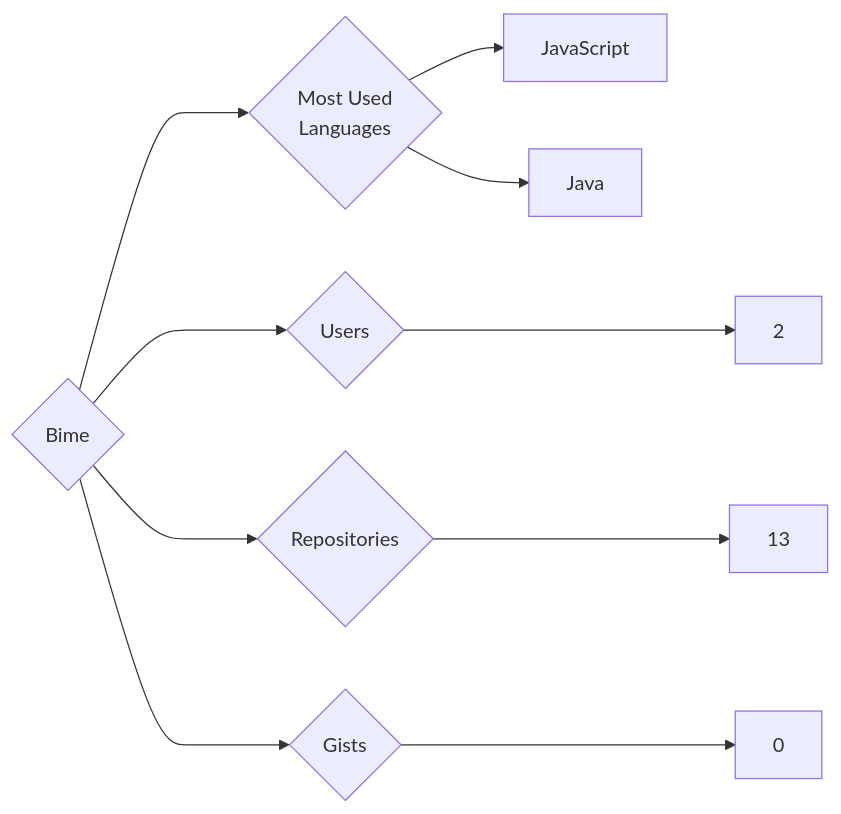
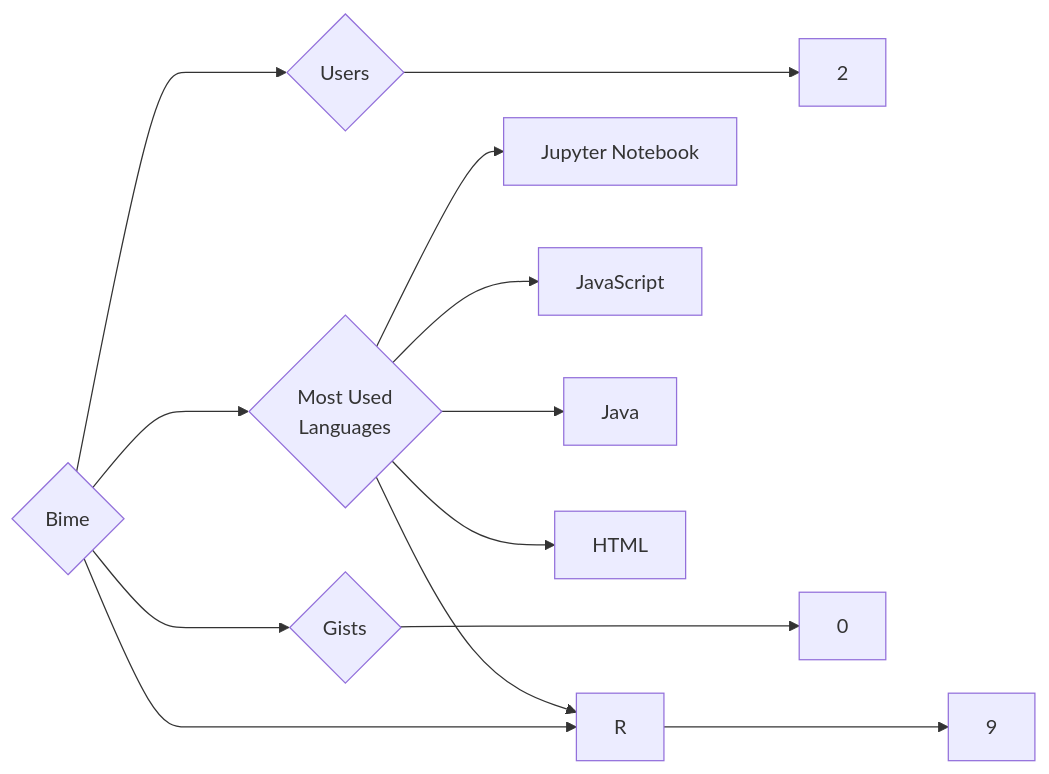
The diagram in targets/Bime/README.md (trickest/insiders), drawn with Mermaid before and after one commit. The commit also changed 736 other files, not shown here.

````diff
--- a/targets/Bime/README.md
+++ b/targets/Bime/README.md
@@ -3,10 +3,13 @@
 ```mermaid
 graph LR
 COMPANY_NAME{Bime}
 COMPANY_NAME ---> U{Users} ---> UN[2]
-COMPANY_NAME ---> R{Repositories} ---> RN[13]
+COMPANY_NAME ---> R{Repositories} ---> RN[9]
 COMPANY_NAME ---> G{Gists} ---> GN[0]
 COMPANY_NAME ---> ML{Most Used<br>Languages}
+ML --> Jupyter_Notebook[Jupyter Notebook]
 ML --> JavaScript[JavaScript]
+ML --> R[R]
 ML --> Java[Java]
+ML --> HTML[HTML]
 ```
````
